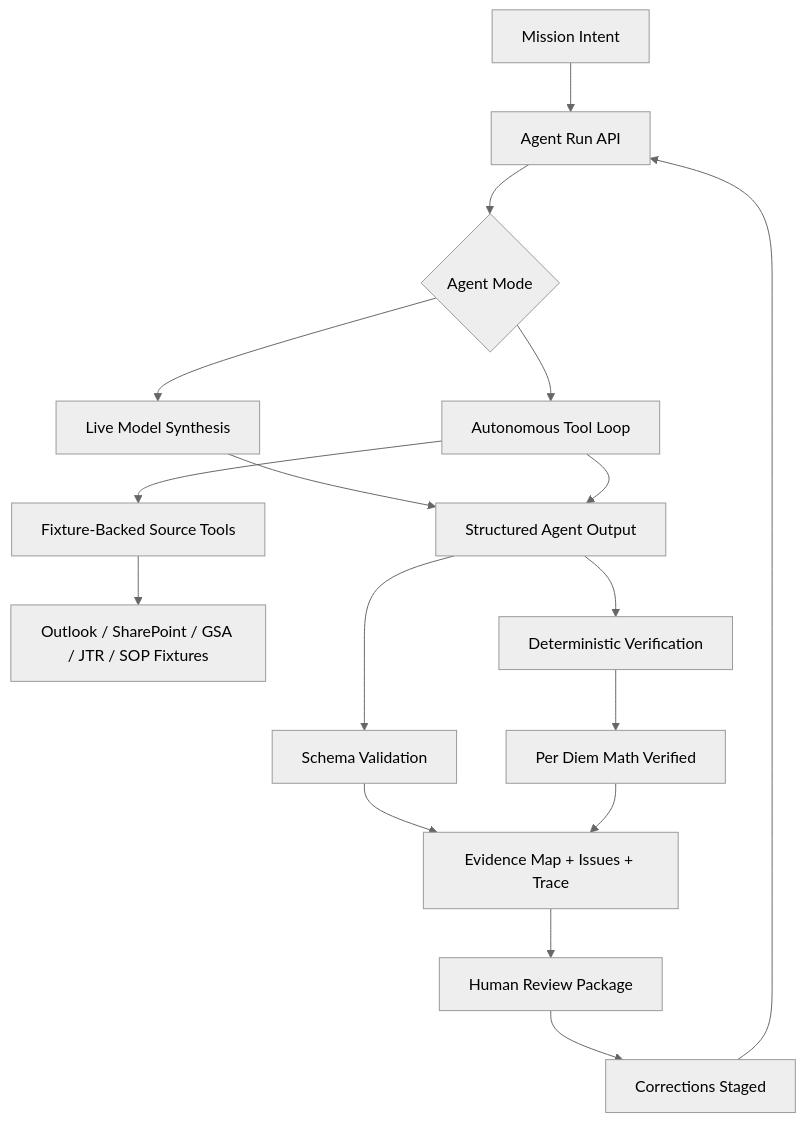
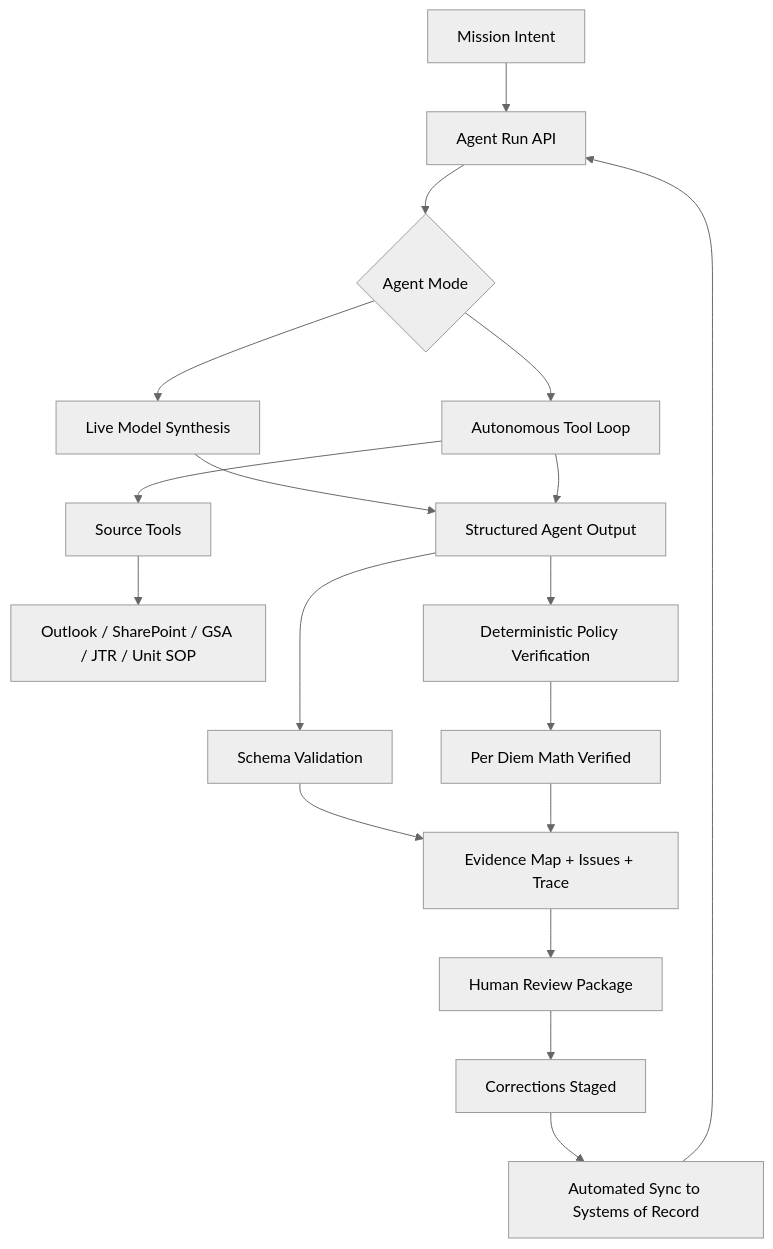
One commit to EthanHNguyen/FieldDesk changed the diagram in README.md. Above: the diagram before and after it, drawn with Mermaid (neutral theme). The commit also changed other lines of this file, not shown here.

````diff
--- a/README.md
+++ b/README.md
@@ -29,19 +84,20 @@
 ```mermaid
 flowchart TD
   A[Mission Intent] --> B[Agent Run API]
   B --> C{Agent Mode}
   C --> D[Live Model Synthesis]
   C --> E[Autonomous Tool Loop]
-  E --> F[Fixture-Backed Source Tools]
-  F --> G[Outlook / SharePoint / GSA / JTR / SOP Fixtures]
+  E --> F[Source Tools]
+  F --> G[Outlook / SharePoint / GSA / JTR / Unit SOP]
   D --> H[Structured Agent Output]
   E --> H
   H --> I[Schema Validation]
-  H --> J[Deterministic Verification]
+  H --> J[Deterministic Policy Verification]
   J --> K[Per Diem Math Verified]
   I --> L[Evidence Map + Issues + Trace]
   K --> L
   L --> M[Human Review Package]
   M --> N[Corrections Staged]
-  N --> B
+  N --> O[Automated Sync to Systems of Record]
+  O --> B
 ```
````
